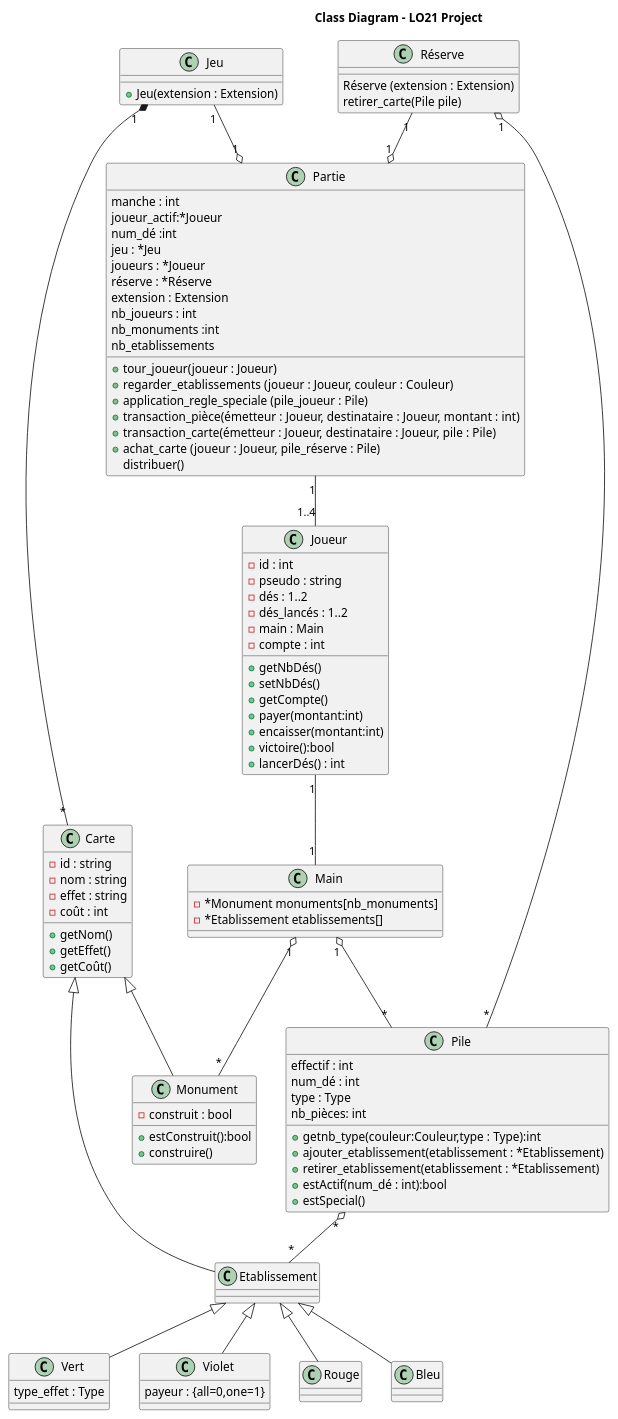
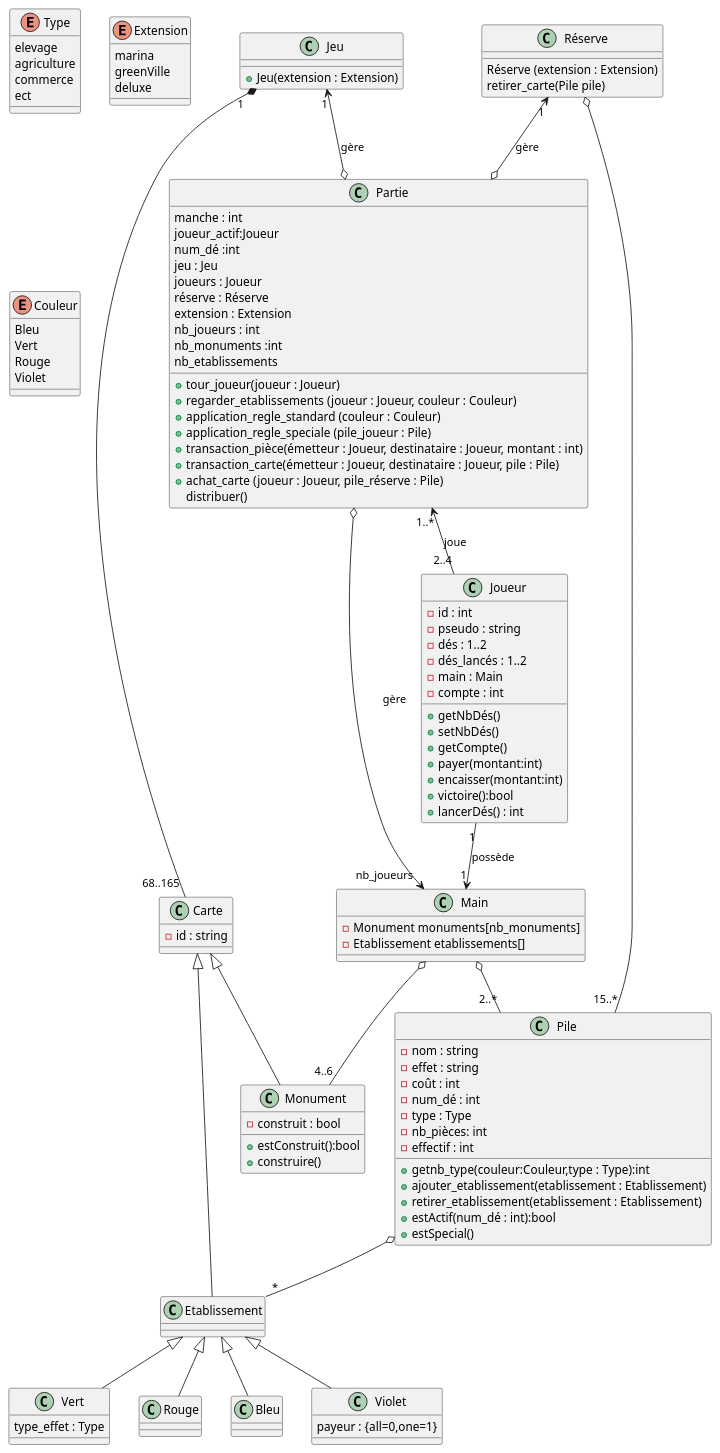
The diagram in UML_v2_sans_commentaires.plantuml (UTCGI/Projet_LO21), drawn with PlantUML before and after one commit. The commit also changed other lines of this file, not shown here.

Commit message:
Ajout type enum

```diff
--- a/UML_v2_sans_commentaires.plantuml
+++ b/UML_v2_sans_commentaires.plantuml
@@ -1,121 +1,144 @@
 @startuml
+enum Type
+enum Extension
+enum Couleur
+class Partie
+class Jeu
+class Carte
+class Monument
+class Etablissement
+class Vert
+class Rouge
+class Bleu 
+class Violet
+class Réserve
+class Joueur
+class Main
+class Pile
 
-title Class Diagram - LO21 Project
+enum Type{
+elevage
+agriculture
+commerce
+ect
+}
+enum Couleur {
+Bleu
+Vert
+Rouge
+Violet
+}
+enum Extension {
+marina
+greenVille
+deluxe
+}
 
-
+class  Partie{
+ manche : int
+ joueur_actif:Joueur
+ num_dé :int
+ jeu : Jeu
+ joueurs : Joueur
+ réserve : Réserve
+ extension : Extension
+ nb_joueurs : int
+ nb_monuments :int
+ nb_etablissements
+}
+Partie : +tour_joueur(joueur : Joueur)
+Partie : +regarder_etablissements (joueur : Joueur, couleur : Couleur)
+Partie : +application_regle_standard (couleur : Couleur)
+Partie : +application_regle_speciale (pile_joueur : Pile)
+Partie : +transaction_pièce(émetteur : Joueur, destinataire : Joueur, montant : int)
+Partie : +transaction_carte(émetteur : Joueur, destinataire : Joueur, pile : Pile)
+Partie : +achat_carte (joueur : Joueur, pile_réserve : Pile)
+Partie : distribuer()
 
 class Jeu{
 
 }
 Jeu : +Jeu(extension : Extension)
 
 class Carte {
  -id : string
- -nom : string
- -effet : string
- -coût : int
 }
-Carte : +getNom()
-Carte : +getEffet()
-Carte : +getCoût()
+
 
 class Monument {
  -construit : bool
  
 }
 Monument : +estConstruit():bool
 Monument : +construire()
 
 class  Etablissement{
 
 }
-
-
-class  Partie{
- manche : int
- joueur_actif:*Joueur
- num_dé :int
- jeu : *Jeu
- joueurs : *Joueur
- réserve : *Réserve
- extension : Extension
- nb_joueurs : int
- nb_monuments :int
- nb_etablissements
+class Vert {
+type_effet : Type
 }
-Partie : +tour_joueur(joueur : Joueur)
-Partie : +regarder_etablissements (joueur : Joueur, couleur : Couleur)
-Parite : +application_regle_standard (couleur : Couleur)
-Partie : +application_regle_speciale (pile_joueur : Pile)
-Partie : +transaction_pièce(émetteur : Joueur, destinataire : Joueur, montant : int)
-Partie : +transaction_carte(émetteur : Joueur, destinataire : Joueur, pile : Pile)
-Partie : +achat_carte (joueur : Joueur, pile_réserve : Pile)
-Partie : distribuer()
-
-
+class Violet {
+payeur : {all=0,one=1}
+}
+class Rouge{
+}
+class Bleu{
+}
 class  Réserve{
 }
 Réserve : Réserve (extension : Extension)
 Réserve : retirer_carte(Pile pile)
-
-class  Main{
--*Monument monuments[nb_monuments]
--*Etablissement etablissements[]
-}
-
-
-class Pile{
-effectif : int
- num_dé : int
- type : Type
- nb_pièces: int
-}
-Pile : +getnb_type(couleur:Couleur,type : Type):int
-Pile : +ajouter_etablissement(etablissement : *Etablissement)
-Pile : +retirer_etablissement(etablissement : *Etablissement)
-Pile : +estActif(num_dé : int):bool
-Pile : +estSpecial()
-
 class  Joueur{
  -id : int
  -pseudo : string
  -dés : 1..2
  -dés_lancés : 1..2
  -main : Main
  -compte : int
 }
-
 Joueur : +getNbDés()
 Joueur : +setNbDés()
 Joueur : +getCompte()
 Joueur : +payer(montant:int)
 Joueur : +encaisser(montant:int)
 Joueur : +victoire():bool
 Joueur : +lancerDés() : int
 
+class Pile{
+ -nom : string
+ -effet : string
+ -coût : int
+ -num_dé : int
+ -type : Type
+ -nb_pièces: int
+ -effectif : int
+}
+Pile : +getnb_type(couleur:Couleur,type : Type):int
+Pile : +ajouter_etablissement(etablissement : Etablissement)
+Pile : +retirer_etablissement(etablissement : Etablissement)
+Pile : +estActif(num_dé : int):bool
+Pile : +estSpecial()
+class  Main{
+-Monument monuments[nb_monuments]
+-Etablissement etablissements[]
+}
 
-class Vert {
-type_effet : Type
-}
-class Violet {
-payeur : {all=0,one=1}
-}
-Jeu "1" *-- "*" Carte 
+Jeu "1" <--o Partie:"gère"
+Réserve "1" <--o Partie:"gère"
+Partie "1..*" <-- "2..4" Joueur :"joue"
+Partie o--> "nb_joueurs" Main :"gère"
+Jeu "1" *-- "68..165" Carte 
 Carte <|-- Etablissement
 Carte <|-- Monument
-Partie "1" -- "1..4" Joueur
-Joueur "1" -- "1" Main
-Jeu "1" --o "1" Partie
-Réserve "1" --o "1" Partie
+Joueur "1" --> "1" Main : "possède"
+Main o-- "4..6" Monument
+Main  o-- "2..*" Pile
+Pile o-- "*" Etablissement
+Réserve o-- "15..*" Pile
 Etablissement <|-- Rouge 
 Etablissement <|-- Bleu
 Etablissement <|-- Vert
 Etablissement <|-- Violet
-Pile "*" o-- "*" Etablissement
-Réserve "1" o-- "*" Pile
-Main "1" o-- "*" Monument
-Main "1" o-- "*" Pile
 
-' Creer un lien avec jeu et reserve entre la partie
-hide @unlinked
-@enduml
+@endUML
```
